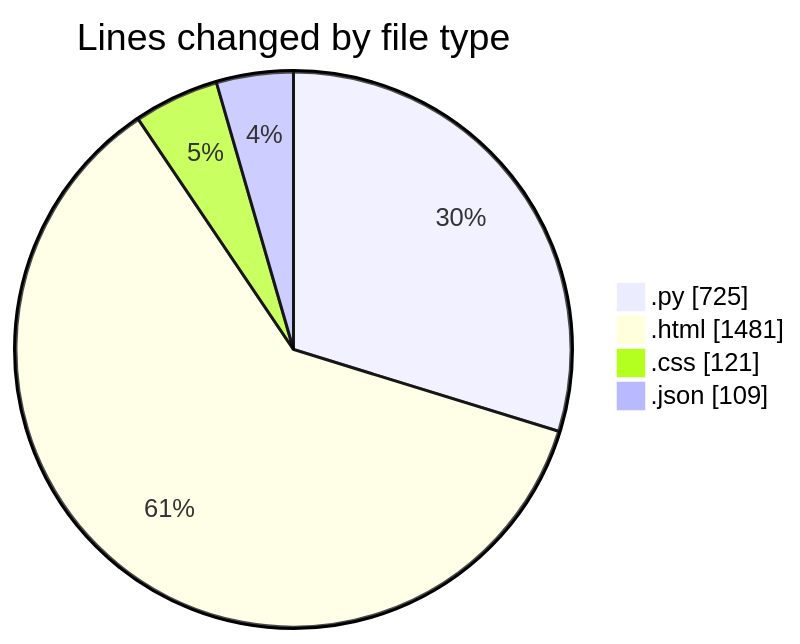
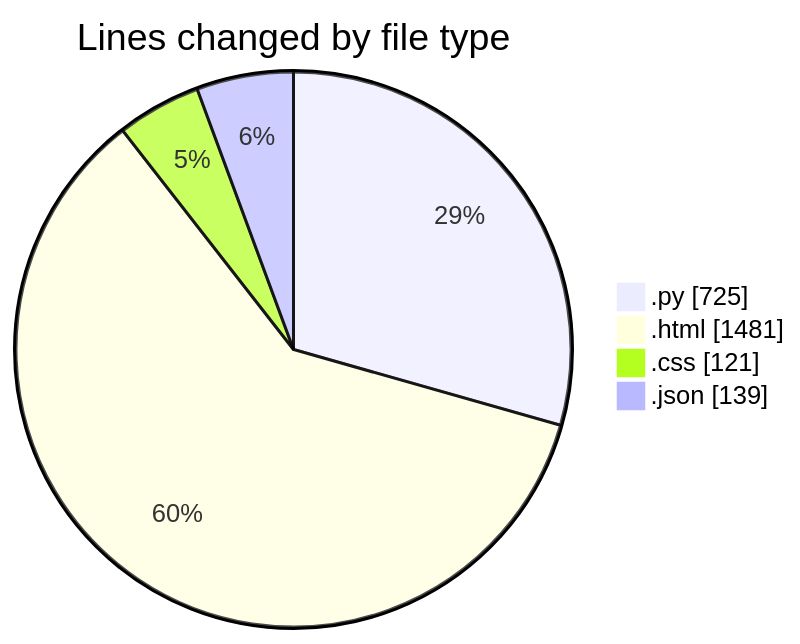
The first of 2 diagrams in 2025-01-31/flask/README.md (Elitesun/code-tracking), drawn with Mermaid before and after one commit. The commit also changed other lines of this file and 1 other file, not shown here.

````diff
--- a/2025-01-31/flask/README.md
+++ b/2025-01-31/flask/README.md
@@ -27,8 +27,8 @@
 ```mermaid
 pie showData
 title Lines changed by file type
 ".py" : 725
 ".html" : 1481
 ".css" : 121
-".json" : 109
+".json" : 139
 ```
````
